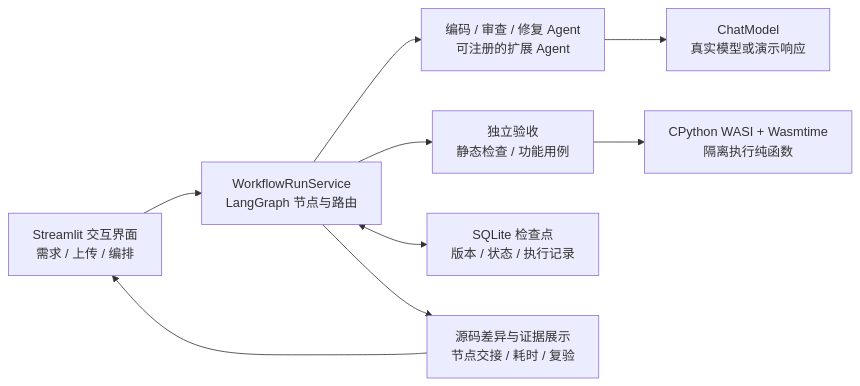
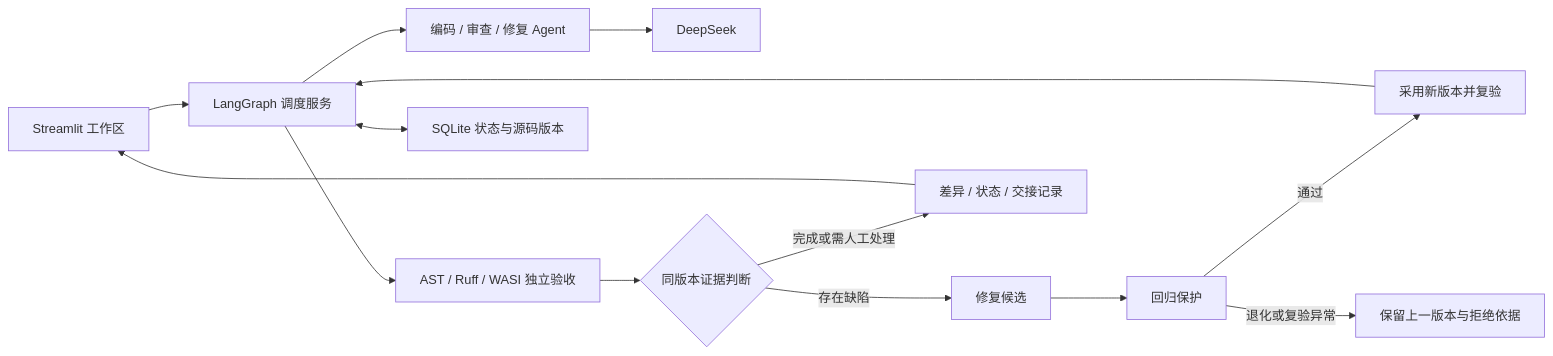
Before and after one commit to KADG777/Codelens_Pro: the diagram in README.md, drawn with Mermaid. The commit also changed other lines of this file and 26 other files, not shown here.

````diff
--- a/README.md
+++ b/README.md
@@ -37,11 +37,16 @@
 ```mermaid
 flowchart LR
-    UI["Streamlit 交互界面<br/>需求 / 上传 / 编排"] --> FLOW["WorkflowRunService<br/>LangGraph 节点与路由"]
-    FLOW --> AGENTS["编码 / 审查 / 修复 Agent<br/>可注册的扩展 Agent"]
-    AGENTS --> MODEL["ChatModel<br/>真实模型或演示响应"]
-    FLOW --> CHECK["独立验收<br/>静态检查 / 功能用例"]
-    CHECK --> WASI["CPython WASI + Wasmtime<br/>隔离执行纯函数"]
-    FLOW <--> STORE["SQLite 检查点<br/>版本 / 状态 / 执行记录"]
-    FLOW --> VIEW["源码差异与证据展示<br/>节点交接 / 耗时 / 复验"]
+    UI[Streamlit 工作区] --> FLOW[LangGraph 调度服务]
+    FLOW --> AGENTS[编码 / 审查 / 修复 Agent]
+    AGENTS --> MODEL[DeepSeek]
+    FLOW --> CHECK[AST / Ruff / WASI 独立验收]
+    FLOW <--> DB[SQLite 状态与源码版本]
+    CHECK --> GATE{同版本证据判断}
+    GATE -->|存在缺陷| FIX[修复候选]
+    FIX --> GUARD[回归保护]
+    GUARD -->|通过| NEXT[采用新版本并复验]
+    GUARD -->|退化或复验异常| KEEP[保留上一版本与拒绝依据]
+    NEXT --> FLOW
+    GATE -->|完成或需人工处理| VIEW[差异 / 状态 / 交接记录]
     VIEW --> UI
 ```
````
